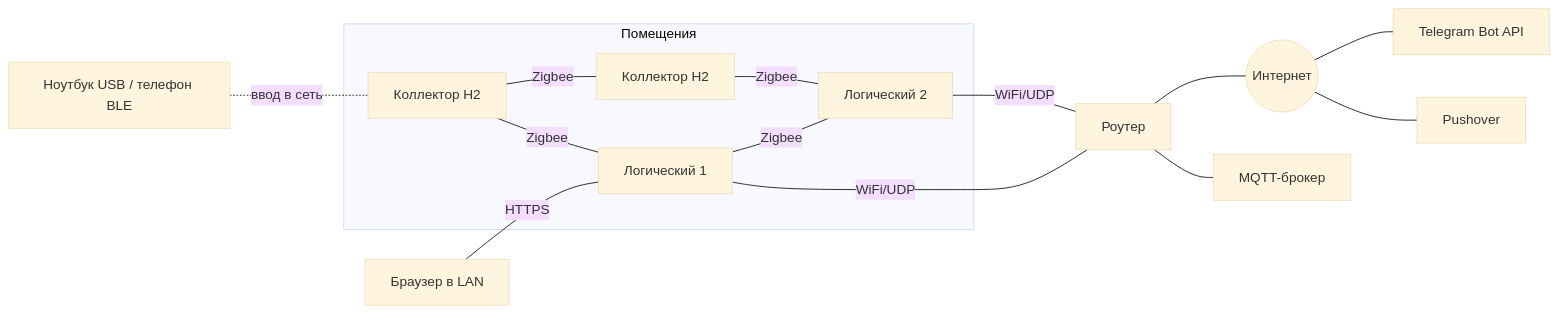
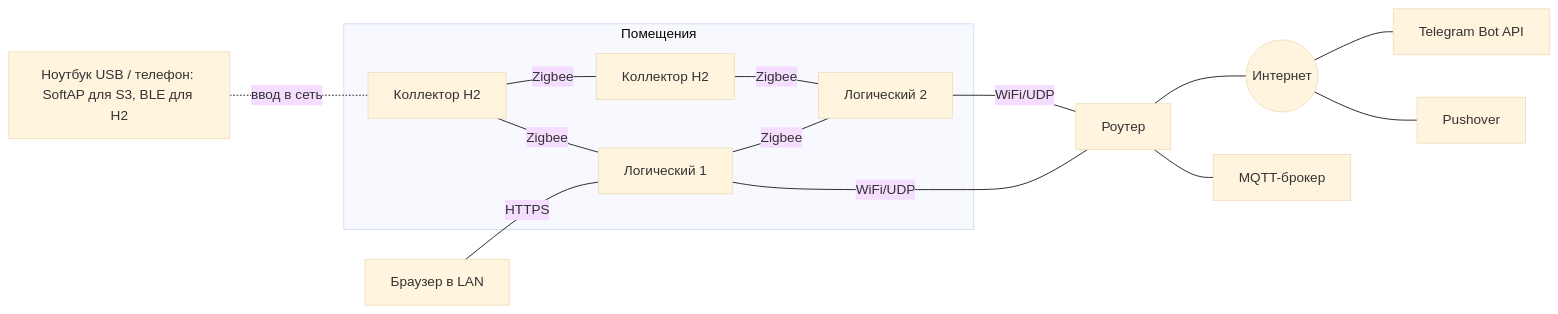
Before and after one commit to wol-micro/garageAlarms2.0: the second of 8 diagrams in _bmad-output/planning-artifacts/protocols-reference/garageAlarms2-протоколы.md, drawn with Mermaid (base theme). The commit also changed other lines of this file and 5 other files, not shown here.

````diff
--- a/_bmad-output/planning-artifacts/protocols-reference/garageAlarms2-протоколы.md
+++ b/_bmad-output/planning-artifacts/protocols-reference/garageAlarms2-протоколы.md
@@ -125,17 +125,17 @@
 ```mermaid
 flowchart LR
   subgraph Site["Помещения"]
     C1["Коллектор H2"] -- Zigbee --- C2["Коллектор H2"]
     C1 -- Zigbee --- L1["Логический 1"]
     C2 -- Zigbee --- L2["Логический 2"]
     L1 -- Zigbee --- L2
   end
   L1 -- "WiFi/UDP" --- R["Роутер"]
   L2 -- "WiFi/UDP" --- R
   R --- I(("Интернет"))
   I --- TG["Telegram Bot API"]
   I --- PO["Pushover"]
   R --- MQ["MQTT-брокер"]
   Admin["Браузер в LAN"] -- HTTPS --- L1
-  Laptop["Ноутбук USB / телефон BLE"] -. "ввод в сеть" .- C1
+  Laptop["Ноутбук USB / телефон: SoftAP для S3, BLE для H2"] -. "ввод в сеть" .- C1
 ```
````
